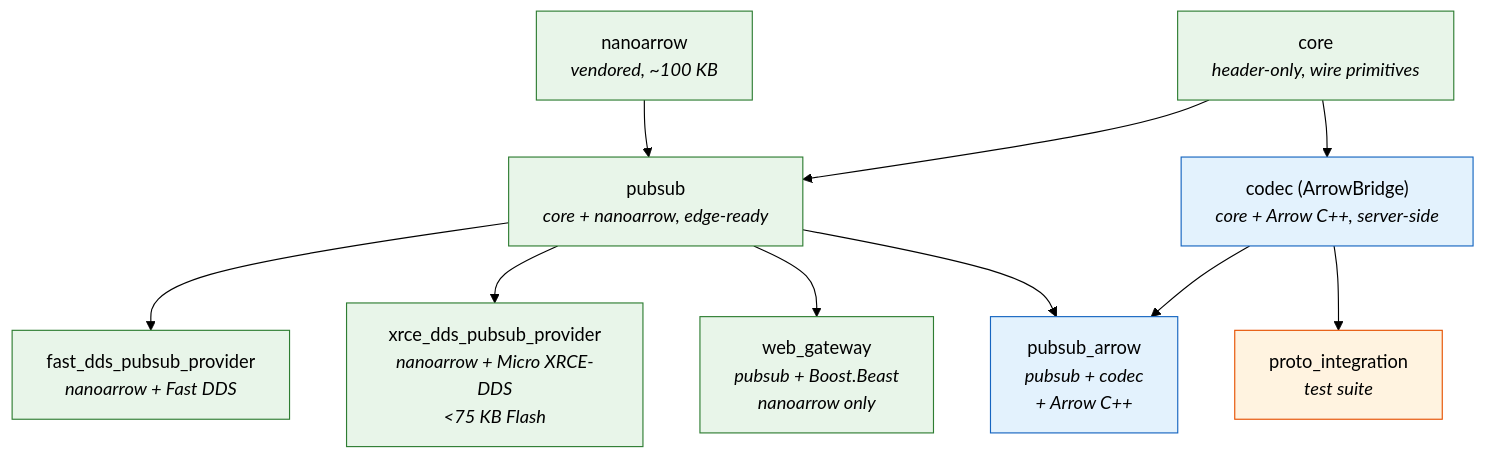
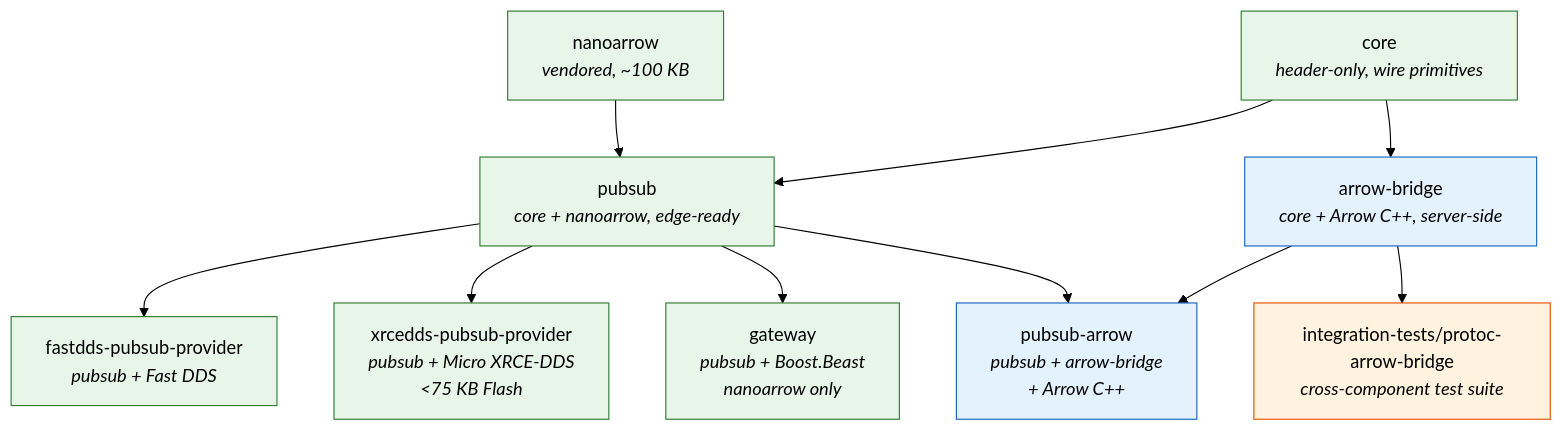
One commit to eivacom/Fletcher changed the third of 5 diagrams in docs/component-diagram.md. Above: the diagram before and after it, drawn with Mermaid (forest theme). The commit also changed other lines of this file and 5 other files, not shown here.

````diff
--- a/docs/component-diagram.md
+++ b/docs/component-diagram.md
@@ -112,36 +112,36 @@
 ```mermaid
 graph TB
     CORE["core<br/><i>header-only, wire primitives</i>"]
     NANOARROW["nanoarrow<br/><i>vendored, ~100 KB</i>"]
 
     PUBSUB["pubsub<br/><i>core + nanoarrow, edge-ready</i>"]
 
-    FASTDDS_PROV["fast_dds_pubsub_provider<br/><i>nanoarrow + Fast DDS</i>"]
-    XRCE_PROV["xrce_dds_pubsub_provider<br/><i>nanoarrow + Micro XRCE-DDS<br/>&lt;75 KB Flash</i>"]
-    CODEC["codec (ArrowBridge)<br/><i>core + Arrow C++, server-side</i>"]
+    FASTDDS_PROV["fastdds-pubsub-provider<br/><i>pubsub + Fast DDS</i>"]
+    XRCE_PROV["xrcedds-pubsub-provider<br/><i>pubsub + Micro XRCE-DDS<br/>&lt;75 KB Flash</i>"]
+    CODEC["arrow-bridge<br/><i>core + Arrow C++, server-side</i>"]
 
-    PUBSUB_ARROW["pubsub_arrow<br/><i>pubsub + codec<br/>+ Arrow C++</i>"]
+    PUBSUB_ARROW["pubsub-arrow<br/><i>pubsub + arrow-bridge<br/>+ Arrow C++</i>"]
 
-    WEB_GW["web_gateway<br/><i>pubsub + Boost.Beast<br/>nanoarrow only</i>"]
-    PROTO_INT["proto_integration<br/><i>test suite</i>"]
+    WEB_GW["gateway<br/><i>pubsub + Boost.Beast<br/>nanoarrow only</i>"]
+    PROTO_INT["integration-tests/protoc-arrow-bridge<br/><i>cross-component test suite</i>"]
 
     CORE --> PUBSUB
     NANOARROW --> PUBSUB
     CORE --> CODEC
     PUBSUB --> FASTDDS_PROV
     PUBSUB --> XRCE_PROV
     PUBSUB --> WEB_GW
     CODEC --> PUBSUB_ARROW
     PUBSUB --> PUBSUB_ARROW
     CODEC --> PROTO_INT
 
     style CORE fill:#e8f5e9,stroke:#2e7d32
     style NANOARROW fill:#e8f5e9,stroke:#2e7d32
     style PUBSUB fill:#e8f5e9,stroke:#2e7d32
     style FASTDDS_PROV fill:#e8f5e9,stroke:#2e7d32
     style XRCE_PROV fill:#e8f5e9,stroke:#2e7d32
     style WEB_GW fill:#e8f5e9,stroke:#2e7d32
     style CODEC fill:#e3f2fd,stroke:#1565c0
     style PUBSUB_ARROW fill:#e3f2fd,stroke:#1565c0
     style PROTO_INT fill:#fff3e0,stroke:#e65100
 ```
````
